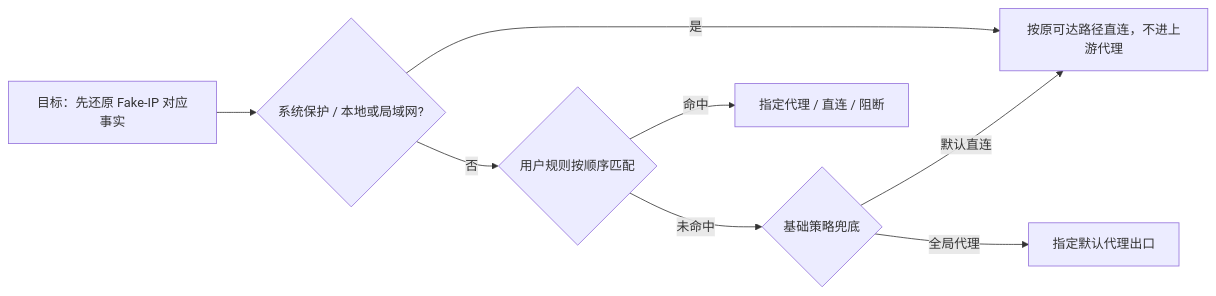
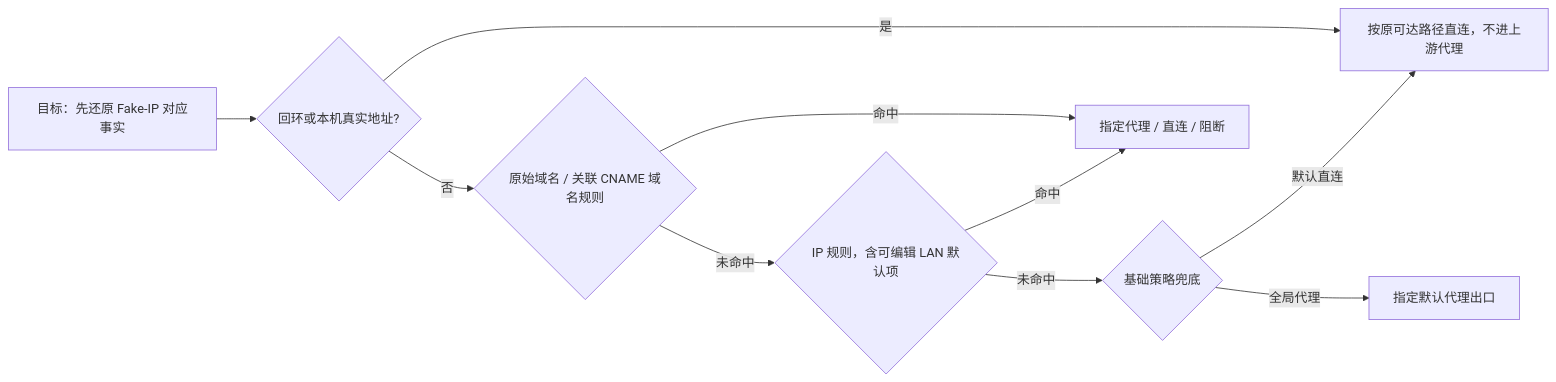
Before and after one commit to xjdrew/kone: the second of 2 diagrams in docs/requirements/prd.md, drawn with Mermaid. The commit also changed other lines of this file and 313 other files, not shown here.

````diff
--- a/docs/requirements/prd.md
+++ b/docs/requirements/prd.md
@@ -188,10 +191,12 @@
 ```mermaid
 flowchart LR
-  A[目标：先还原 Fake-IP 对应事实] --> B{系统保护 / 本地或局域网?}
+  A[目标：先还原 Fake-IP 对应事实] --> B{回环或本机真实地址?}
   B -->|是| D[按原可达路径直连，不进上游代理]
-  B -->|否| R{用户规则按顺序匹配}
+  B -->|否| R{原始域名 / 关联 CNAME 域名规则}
   R -->|命中| O[指定代理 / 直连 / 阻断]
-  R -->|未命中| F{基础策略兜底}
+  R -->|未命中| L{IP 规则，含可编辑 LAN 默认项}
+  L -->|命中| O
+  L -->|未命中| F{基础策略兜底}
   F -->|默认直连| D
   F -->|全局代理| P[指定默认代理出口]
 ```
````
